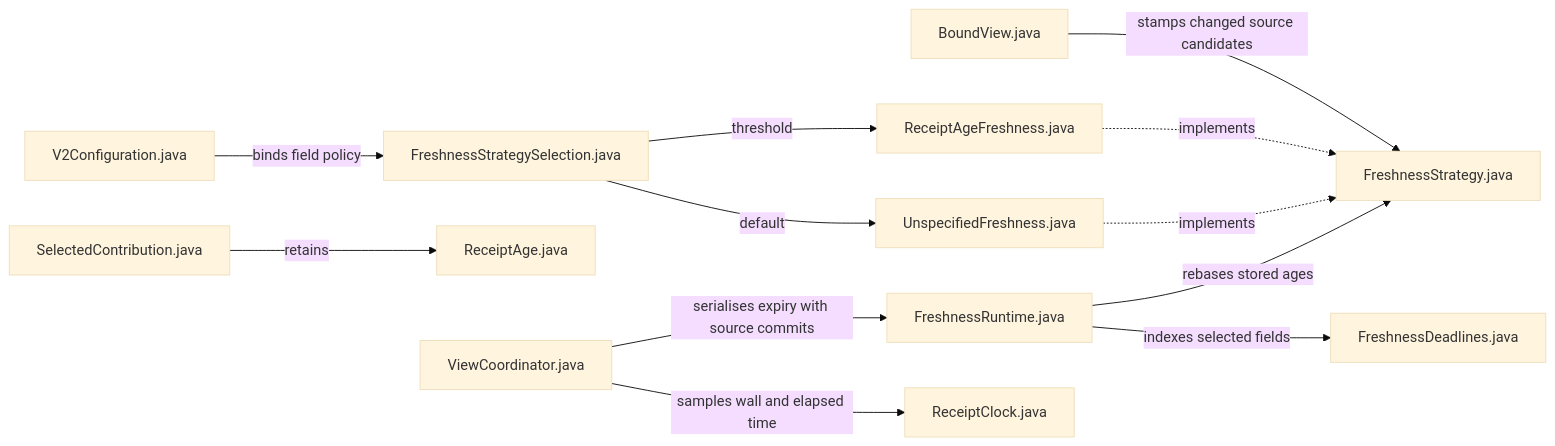
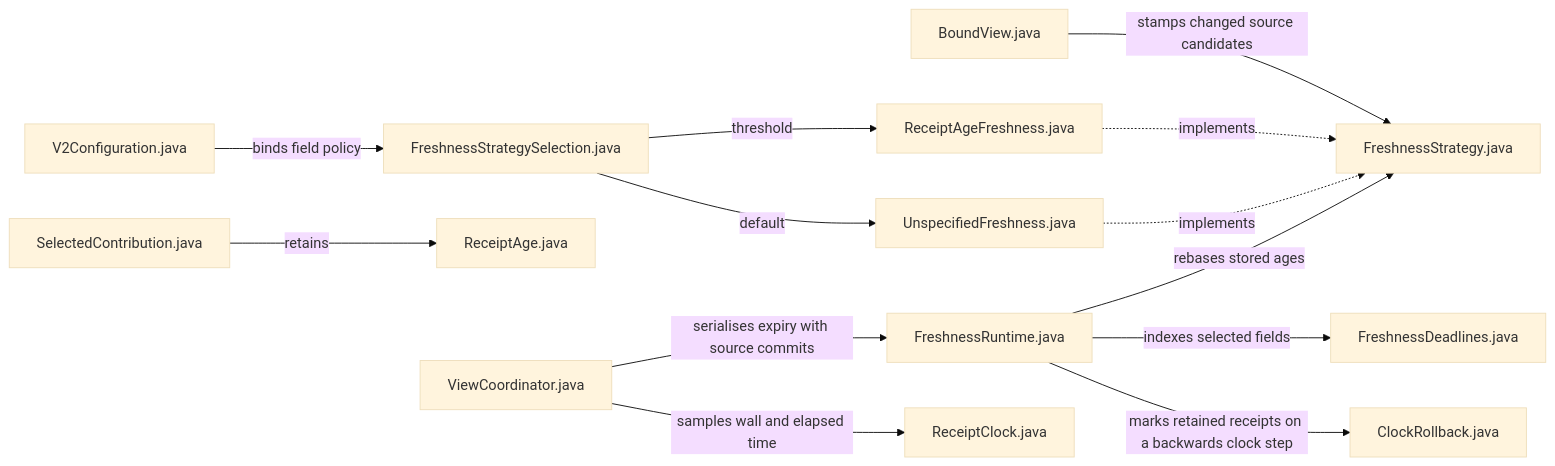
Before and after one commit to sproates/zooglass: the first of 7 diagrams in zooglass/docs/source-map.md, drawn with Mermaid (base theme). The commit also changed 8 other files, not shown here.

Commit message:
Recover freshness atomically and retain evidence of clock rollback

````diff
--- a/zooglass/docs/source-map.md
+++ b/zooglass/docs/source-map.md
@@ -16,14 +16,15 @@
 ```mermaid
 flowchart LR
   config["V2Configuration.java"] -->|binds field policy| select["FreshnessStrategySelection.java"]
   select -->|default| unspecified["UnspecifiedFreshness.java"]
   select -->|threshold| age["ReceiptAgeFreshness.java"]
   bound["BoundView.java"] -->|stamps changed source candidates| policy["FreshnessStrategy.java"]
   age -.->|implements| policy
   unspecified -.->|implements| policy
   candidate["SelectedContribution.java"] -->|retains| receipt["ReceiptAge.java"]
   runtime["ViewCoordinator.java"] -->|serialises expiry with source commits| timing["FreshnessRuntime.java"]
   timing -->|indexes selected fields| queue["FreshnessDeadlines.java"]
   runtime -->|samples wall and elapsed time| clock["ReceiptClock.java"]
+  timing -->|marks retained receipts on a backwards clock step| rollback["ClockRollback.java"]
   timing -->|rebases stored ages| policy
 ```
````
